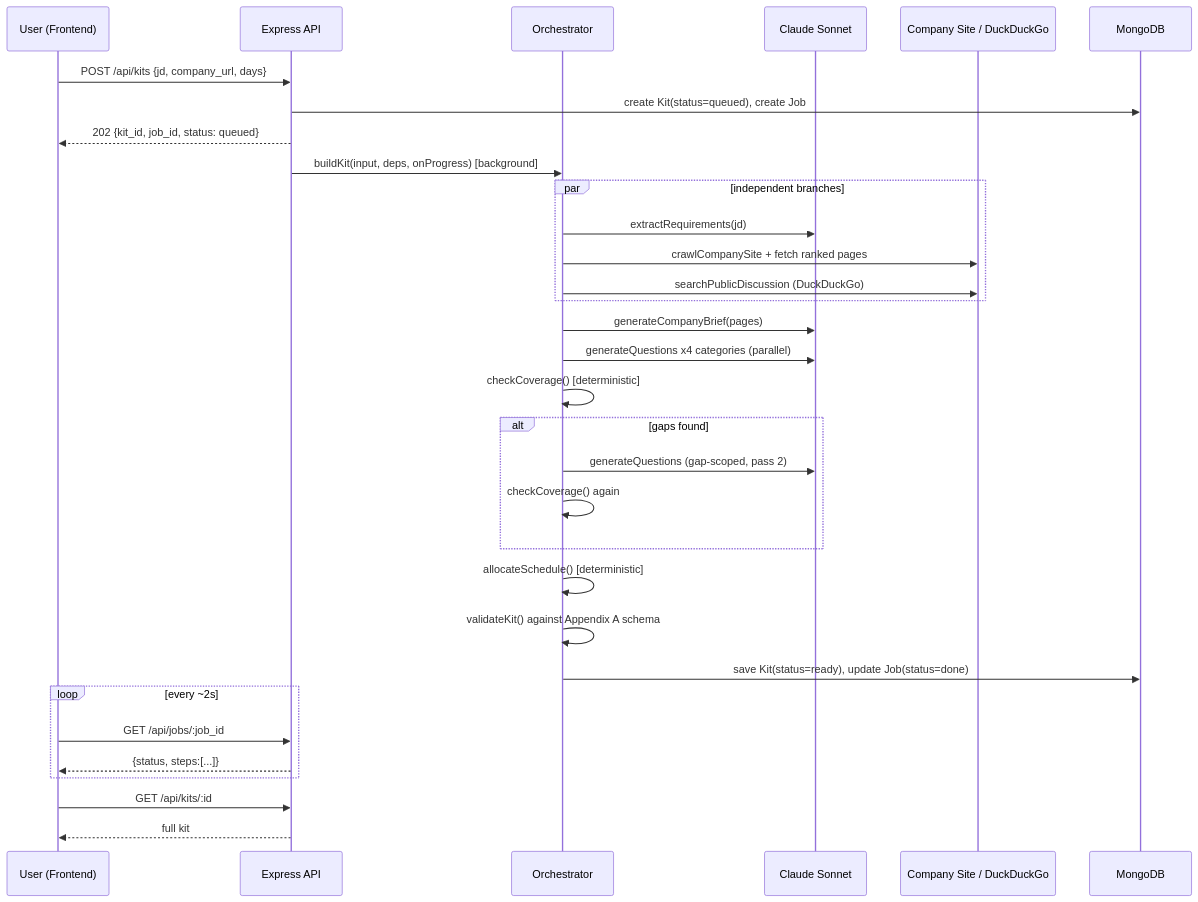
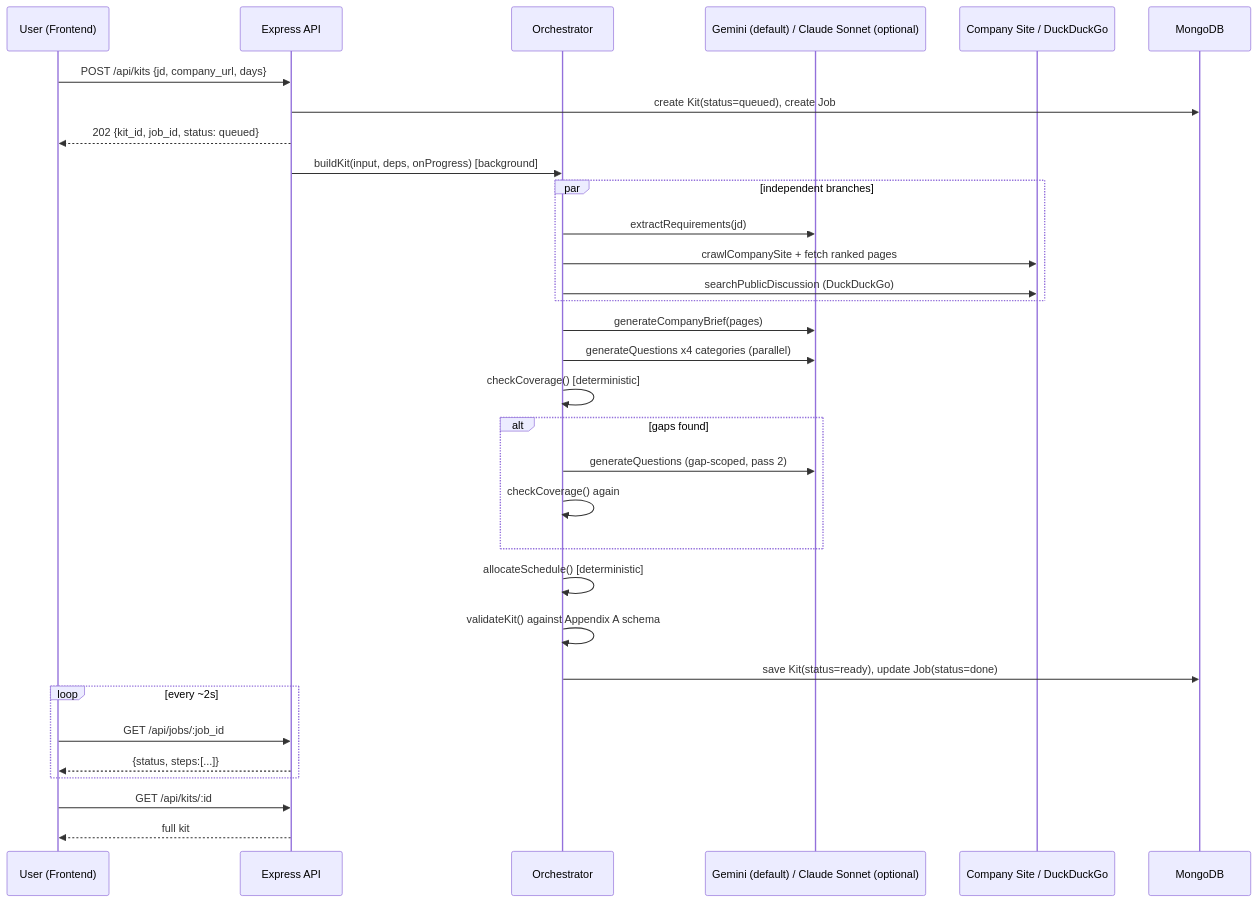
The second of 2 diagrams in .claude/rfcs/RFC-001-ai-interview-prep-kit/rfc.md (souravs-dev/interview-kit), drawn with Mermaid before and after one commit. The commit also changed other lines of this file and 6 other files, not shown here.

````diff
--- a/.claude/rfcs/RFC-001-ai-interview-prep-kit/rfc.md
+++ b/.claude/rfcs/RFC-001-ai-interview-prep-kit/rfc.md
@@ -154,35 +154,35 @@
 ```mermaid
 sequenceDiagram
     participant U as User (Frontend)
     participant API as Express API
     participant ORCH as Orchestrator
-    participant LLM as Claude Sonnet
+    participant LLM as Gemini (default) / Claude Sonnet (optional)
     participant WEB as Company Site / DuckDuckGo
     participant DB as MongoDB
 
     U->>API: POST /api/kits {jd, company_url, days}
     API->>DB: create Kit(status=queued), create Job
     API-->>U: 202 {kit_id, job_id, status: queued}
     API->>ORCH: buildKit(input, deps, onProgress) [background]
     par independent branches
         ORCH->>LLM: extractRequirements(jd)
         ORCH->>WEB: crawlCompanySite + fetch ranked pages
         ORCH->>WEB: searchPublicDiscussion (DuckDuckGo)
     end
     ORCH->>LLM: generateCompanyBrief(pages)
     ORCH->>LLM: generateQuestions x4 categories (parallel)
     ORCH->>ORCH: checkCoverage() [deterministic]
     alt gaps found
         ORCH->>LLM: generateQuestions (gap-scoped, pass 2)
         ORCH->>ORCH: checkCoverage() again
     end
     ORCH->>ORCH: allocateSchedule() [deterministic]
     ORCH->>ORCH: validateKit() against Appendix A schema
     ORCH->>DB: save Kit(status=ready), update Job(status=done)
     loop every ~2s
         U->>API: GET /api/jobs/:job_id
         API-->>U: {status, steps:[...]}
     end
     U->>API: GET /api/kits/:id
     API-->>U: full kit
 ```
````
